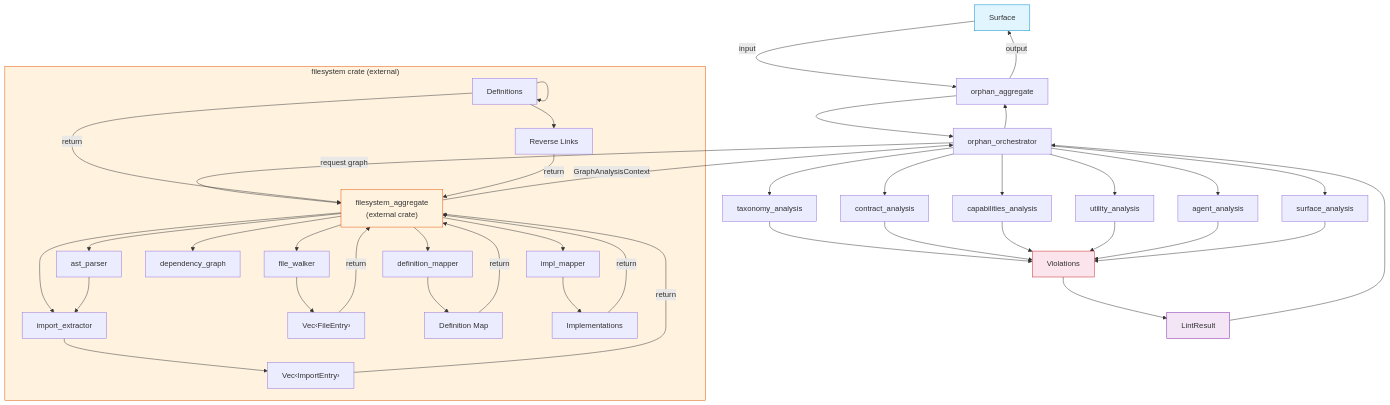
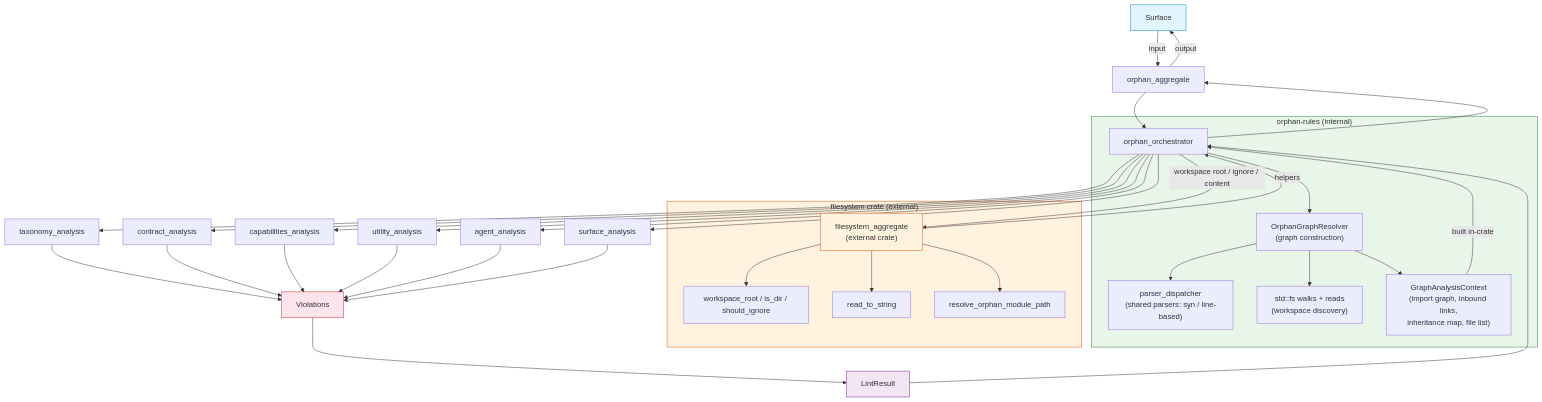
Before and after one commit to rakaarwaky/lint-arwaky: the diagram in crates/orphan-rules/FRD.md, drawn with Mermaid. The commit also changed other lines of this file and 9 other files, not shown here.

````diff
--- a/crates/orphan-rules/FRD.md
+++ b/crates/orphan-rules/FRD.md
@@ -13,56 +13,49 @@
 ```mermaid
 flowchart TD
     A["Surface"] -->|input| B["orphan_aggregate"]
     B --> C["orphan_orchestrator"]
 
-    C -->|"request graph"| D["filesystem_aggregate\n(external crate)"]
+    C -->|"workspace root / ignore / content"| D["filesystem_aggregate\n(external crate)"]
 
     subgraph FS ["filesystem crate (external)"]
-        D --> E1["file_walker"]
-        D --> F1["ast_parser"]
-        D --> F2["import_extractor"]
-        D --> F3["dependency_graph"]
-        D --> F4["definition_mapper"]
-        D --> F5["impl_mapper"]
-        F1 --> F2
-        E1 --> G1["Vec‹FileEntry›"]
-        F2 --> G2["Vec‹ImportEntry›"]
-        G3 --> G3["Definitions"]
-        F4 --> G4["Definition Map"]
-        F5 --> G5["Implementations"]
-        G3 --> G6["Reverse Links"]
+        D --> E1["workspace_root / is_dir / should_ignore"]
+        D --> E2["read_to_string"]
+        D --> E3["resolve_orphan_module_path"]
     end
 
-    G1 -->|"return"| D
-    G2 -->|"return"| D
-    G3 -->|"return"| D
-    G4 -->|"return"| D
-    G5 -->|"return"| D
-    G6 -->|"return"| D
+    D -->|"helpers"| C
 
-    D -->|"GraphAnalysisContext"| C
+    subgraph OR ["orphan-rules (internal)"]
+        C --> R1["OrphanGraphResolver\n(graph construction)"]
+        R1 --> R2["parser_dispatcher\n(shared parsers: syn / line-based)"]
+        R1 --> R3["std::fs walks + reads\n(workspace discovery)"]
+        R1 --> G1["GraphAnalysisContext\n(import graph, inbound links,\ninheritance map, file list)"]
+    end
+
+    G1 -->|"built in-crate"| C
 
     C --> H1["taxonomy_analysis"]
     C --> H2["contract_analysis"]
     C --> H3["capabilities_analysis"]
     C --> H4["utility_analysis"]
     C --> H5["agent_analysis"]
     C --> H6["surface_analysis"]
 
     H1 --> I["Violations"]
     H2 --> I
     H3 --> I
     H4 --> I
     H5 --> I
     H6 --> I
     I --> J["LintResult"]
     J --> C
     C --> B
     B -->|output| A
 
     style A fill:#e1f5fe,stroke:#0288d1
     style FS fill:#fff3e0,stroke:#e65100
+    style OR fill:#e8f5e9,stroke:#2e7d32
     style D fill:#fff3e0,stroke:#e65100
     style I fill:#fce4ec,stroke:#c62828
     style J fill:#f3e5f5,stroke:#7b1fa2
 ```
````
